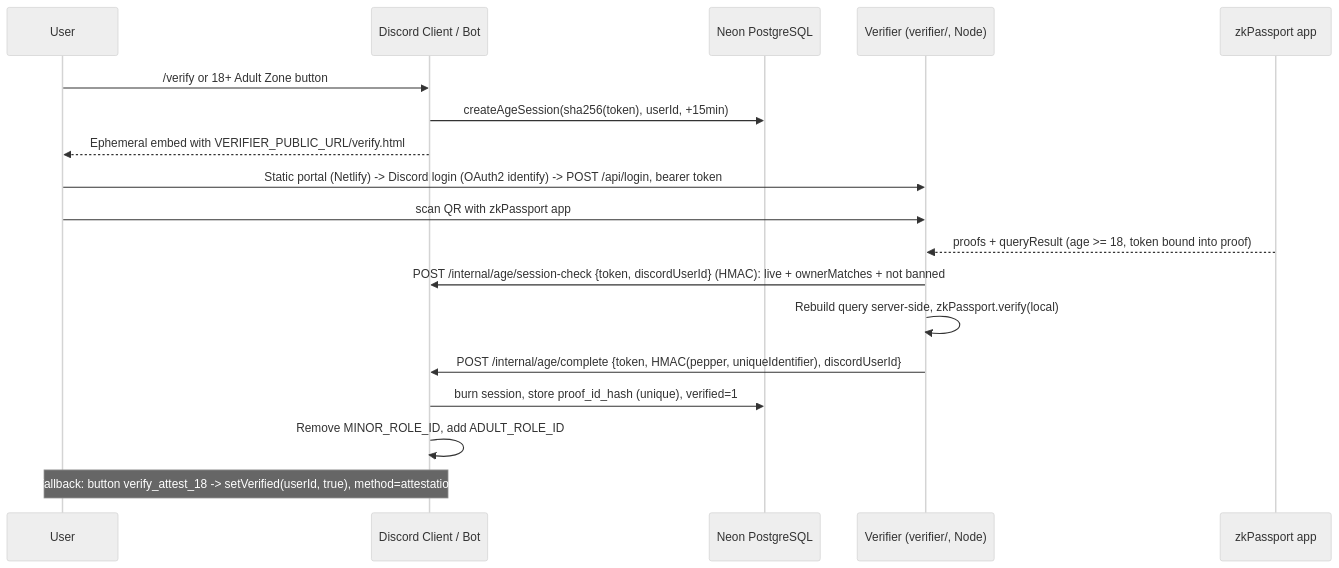
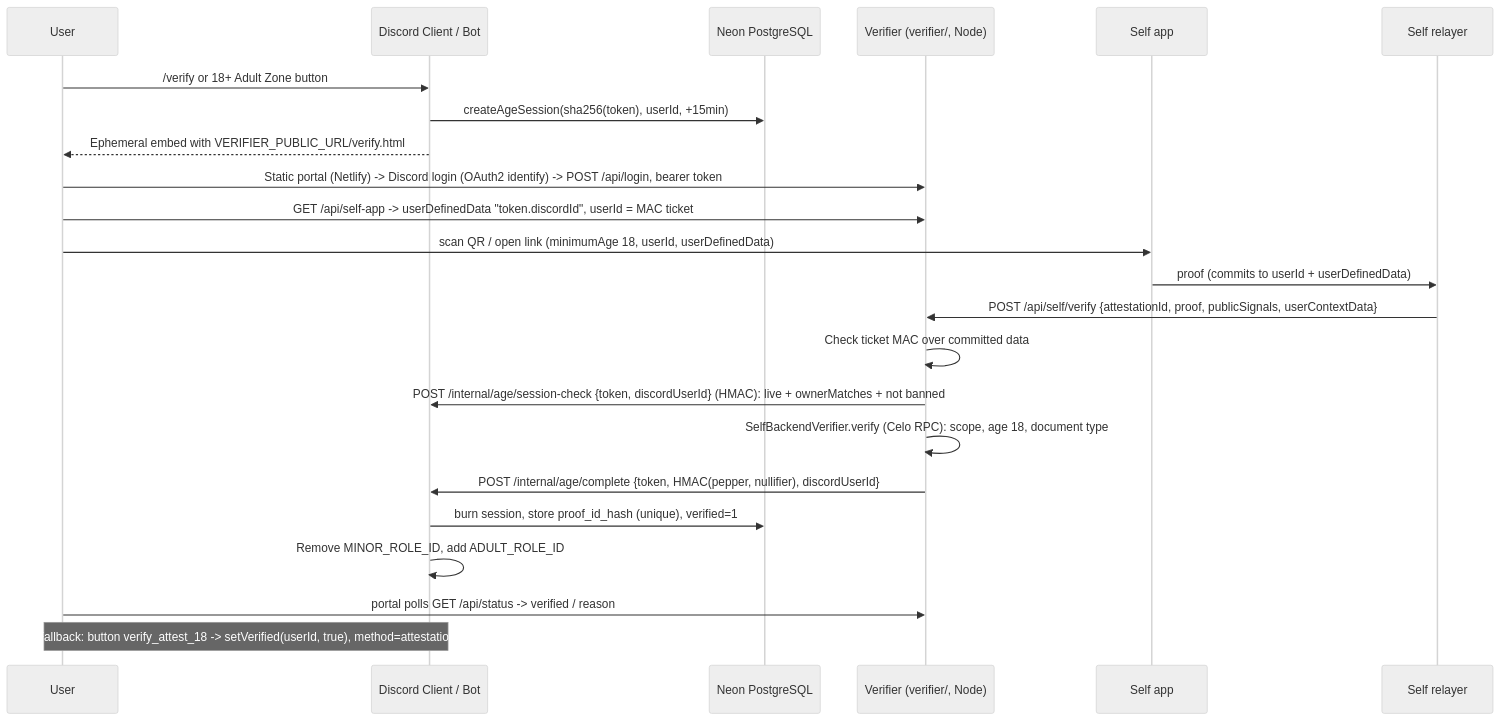
The first of 2 diagrams in CHECKPOINTS.md (GlitchMatcha/AMORABot), drawn with Mermaid (neutral theme) before and after one commit. The commit also changed other lines of this file and 22 other files, not shown here.

Commit message:
Age verification: replace zkPassport with Self (Self Pass SDK)

````diff
--- a/CHECKPOINTS.md
+++ b/CHECKPOINTS.md
@@ -248,21 +248,26 @@
 ```mermaid
 sequenceDiagram
     participant User
     participant Discord as Discord Client / Bot
     participant DB as Neon PostgreSQL
     participant V as Verifier (verifier/, Node)
-    participant App as zkPassport app
+    participant App as Self app
+    participant R as Self relayer
 
     User->>Discord: /verify or 18+ Adult Zone button
     Discord->>DB: createAgeSession(sha256(token), userId, +15min)
     Discord-->>User: Ephemeral embed with VERIFIER_PUBLIC_URL/verify.html#s=token
     User->>V: Static portal (Netlify) -> Discord login (OAuth2 identify) -> POST /api/login, bearer token
-    User->>V: scan QR with zkPassport app
-    App-->>V: proofs + queryResult (age >= 18, token bound into proof)
+    User->>V: GET /api/self-app -> userDefinedData "token.discordId", userId = MAC ticket
+    User->>App: scan QR / open link (minimumAge 18, userId, userDefinedData)
+    App->>R: proof (commits to userId + userDefinedData)
+    R->>V: POST /api/self/verify {attestationId, proof, publicSignals, userContextData}
+    V->>V: Check ticket MAC over committed data
     V->>Discord: POST /internal/age/session-check {token, discordUserId} (HMAC): live + ownerMatches + not banned
-    V->>V: Rebuild query server-side, zkPassport.verify(local)
-    V->>Discord: POST /internal/age/complete {token, HMAC(pepper, uniqueIdentifier), discordUserId}
+    V->>V: SelfBackendVerifier.verify (Celo RPC): scope, age 18, document type
+    V->>Discord: POST /internal/age/complete {token, HMAC(pepper, nullifier), discordUserId}
     Discord->>DB: burn session, store proof_id_hash (unique), verified=1
     Discord->>Discord: Remove MINOR_ROLE_ID, add ADULT_ROLE_ID
+    User->>V: portal polls GET /api/status -> verified / reason
     Note over User,Discord: Fallback: button verify_attest_18 -> setVerified(userId, true), method=attestation
 ```
````
